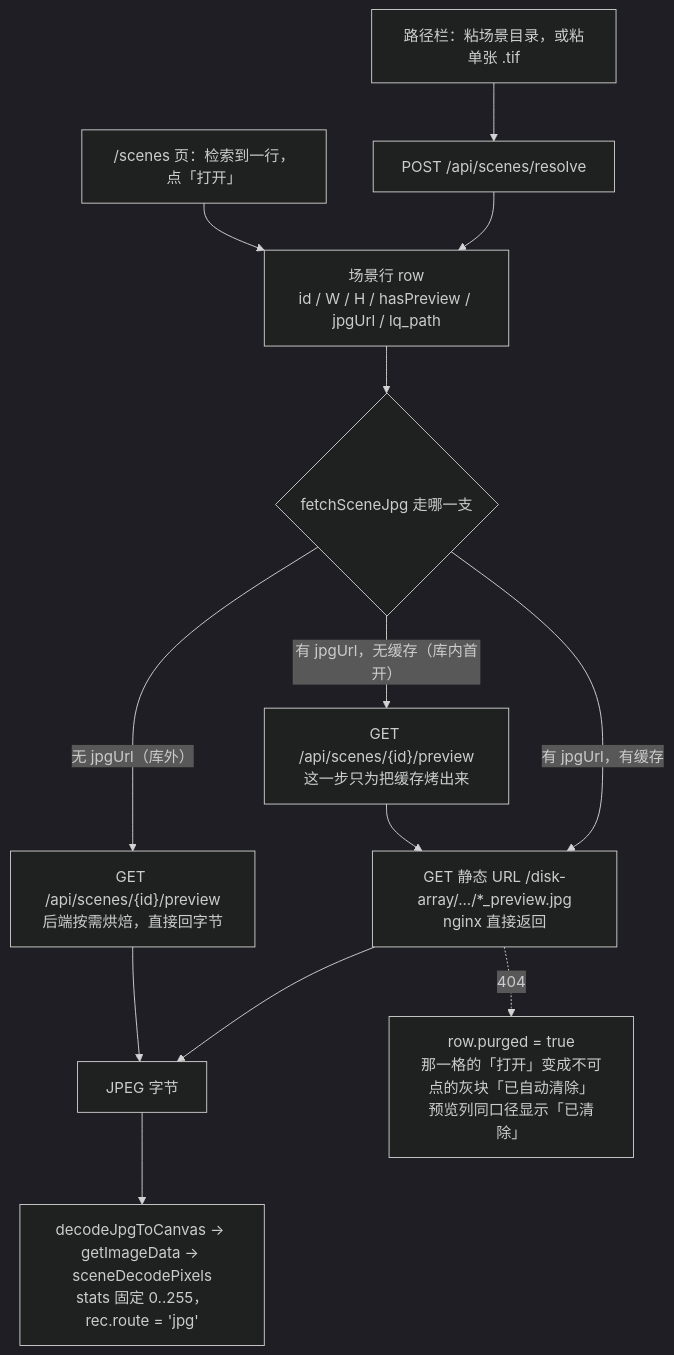
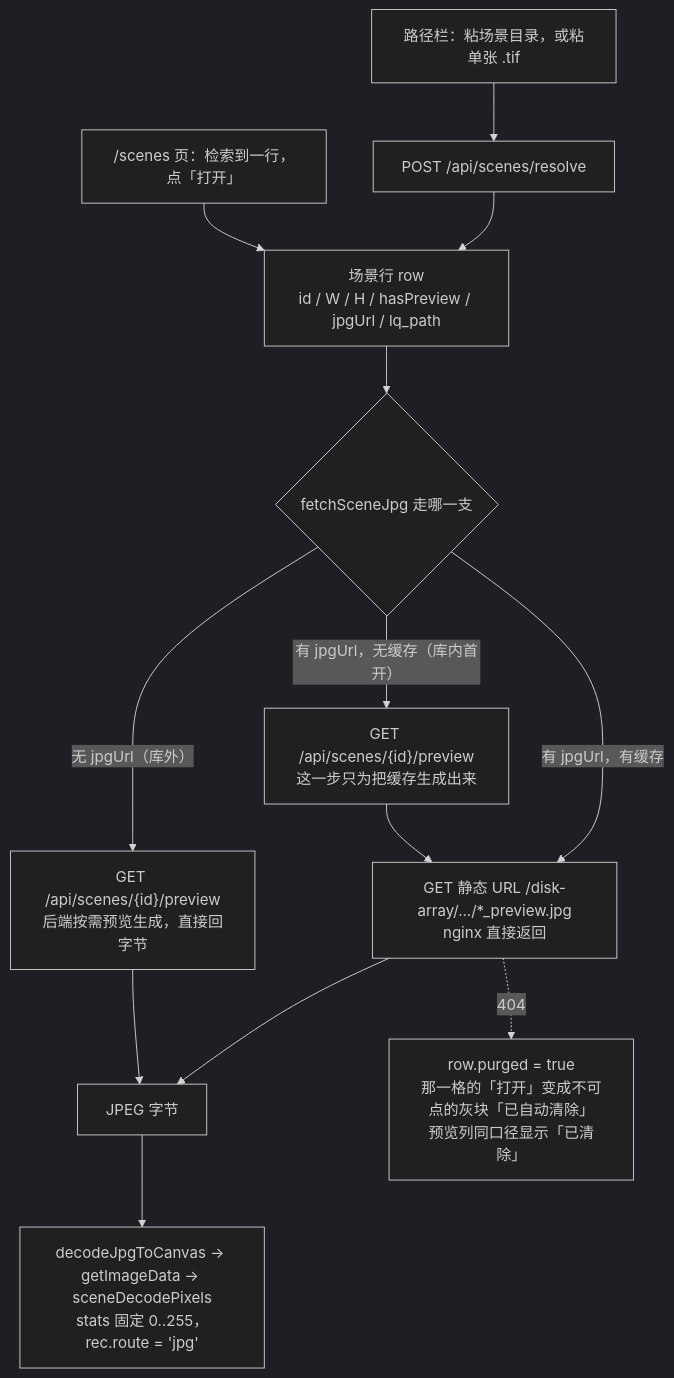
Before and after one commit to Jason001028/sr_agent_platform: the first of 3 diagrams in docs/knowledge/preview-bake-pipeline.md, drawn with Mermaid (dark theme). The commit also changed other lines of this file and 84 other files, not shown here.

````diff
--- a/docs/knowledge/preview-bake-pipeline.md
+++ b/docs/knowledge/preview-bake-pipeline.md
@@ -70,17 +70,17 @@
 ```mermaid
 flowchart TD
     IN1["/scenes 页：检索到一行，点「打开」"] --> ROW
     IN2["路径栏：粘场景目录，或粘单张 .tif"] --> RESOLVE["POST /api/scenes/resolve"]
     RESOLVE --> ROW["场景行 row<br/>id / W / H / hasPreview / jpgUrl / lq_path"]
 
     ROW --> FETCH{"fetchSceneJpg 走哪一支"}
 
-    FETCH -->|"无 jpgUrl（库外）"| P1["GET /api/scenes/{id}/preview<br/>后端按需烘焙，直接回字节"]
-    FETCH -->|"有 jpgUrl，无缓存（库内首开）"| P2["GET /api/scenes/{id}/preview<br/>这一步只为把缓存烤出来"] --> P3
+    FETCH -->|"无 jpgUrl（库外）"| P1["GET /api/scenes/{id}/preview<br/>后端按需预览生成，直接回字节"]
+    FETCH -->|"有 jpgUrl，无缓存（库内首开）"| P2["GET /api/scenes/{id}/preview<br/>这一步只为把缓存生成出来"] --> P3
     FETCH -->|"有 jpgUrl，有缓存"| P3["GET 静态 URL /disk-array/.../*_preview.jpg<br/>nginx 直接返回"]
 
     P1 --> BLOB["JPEG 字节"]
     P3 --> BLOB
     P3 -.->|"404"| GONE2["row.purged = true<br/>那一格的「打开」变成不可点的灰块「已自动清除」<br/>预览列同口径显示「已清除」"]
     BLOB --> DISP["decodeJpgToCanvas → getImageData → sceneDecodePixels<br/>stats 固定 0..255，rec.route = 'jpg'"]
 ```
````
